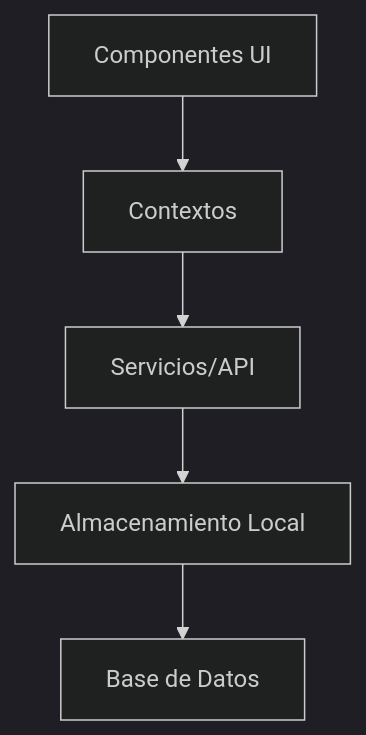
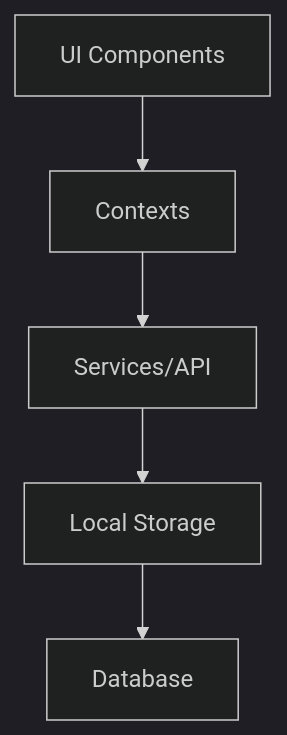
One commit to anthonycursewl/wheek-app-rn changed the diagram in README.md. Above: the diagram before and after it, drawn with Mermaid (dark theme). The commit also changed other lines of this file, not shown here.

````diff
--- a/README.md
+++ b/README.md
@@ -70,7 +70,7 @@
 ```mermaid
 graph TD
-    A[Componentes UI] --> B[Contextos]
-    B --> C[Servicios/API]
-    C --> D[Almacenamiento Local]
-    D --> E[Base de Datos] 
+    A[UI Components] --> B[Contexts]
+    B --> C[Services/API]
+    C --> D[Local Storage]
+    D --> E[Database] 
 ```
````
